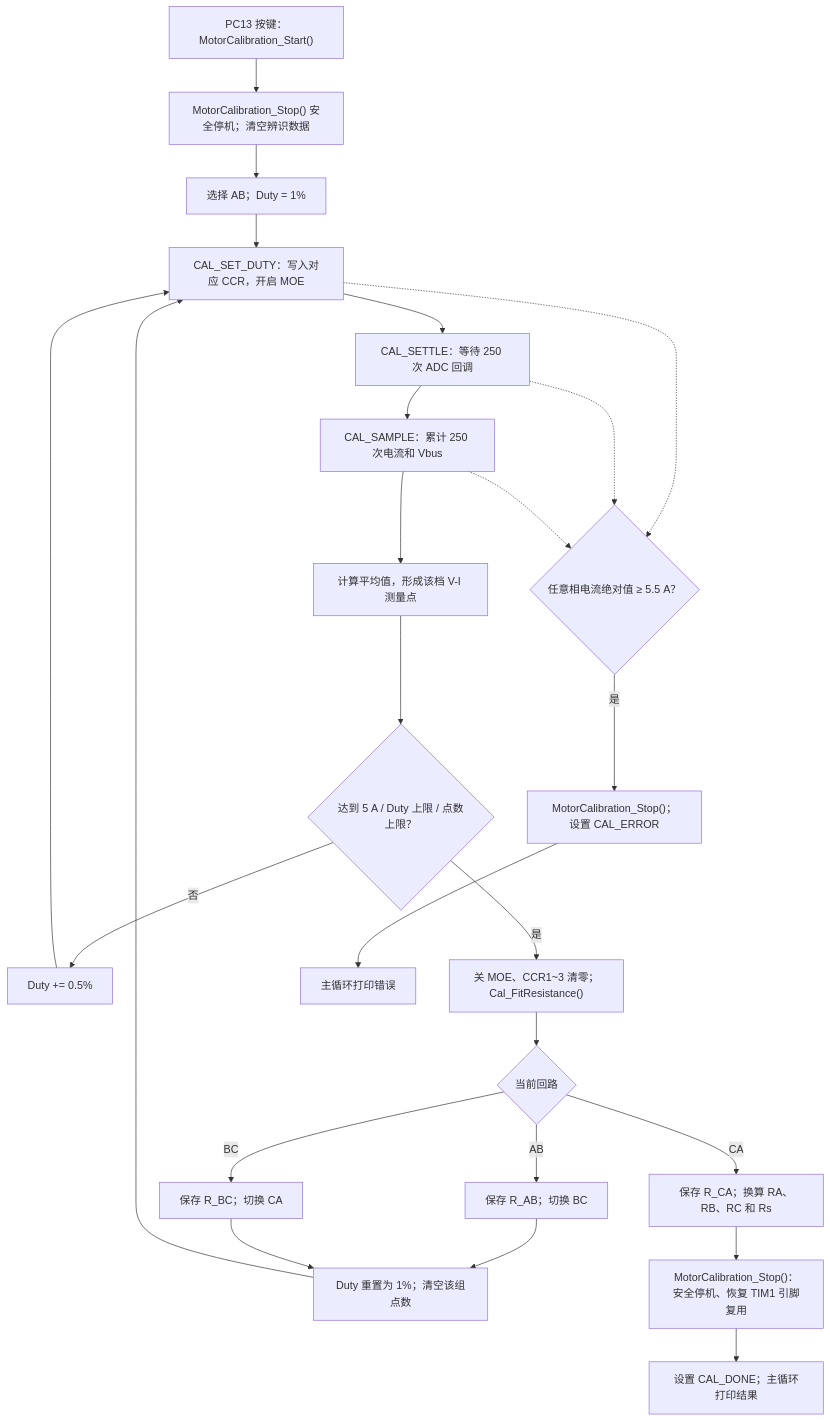
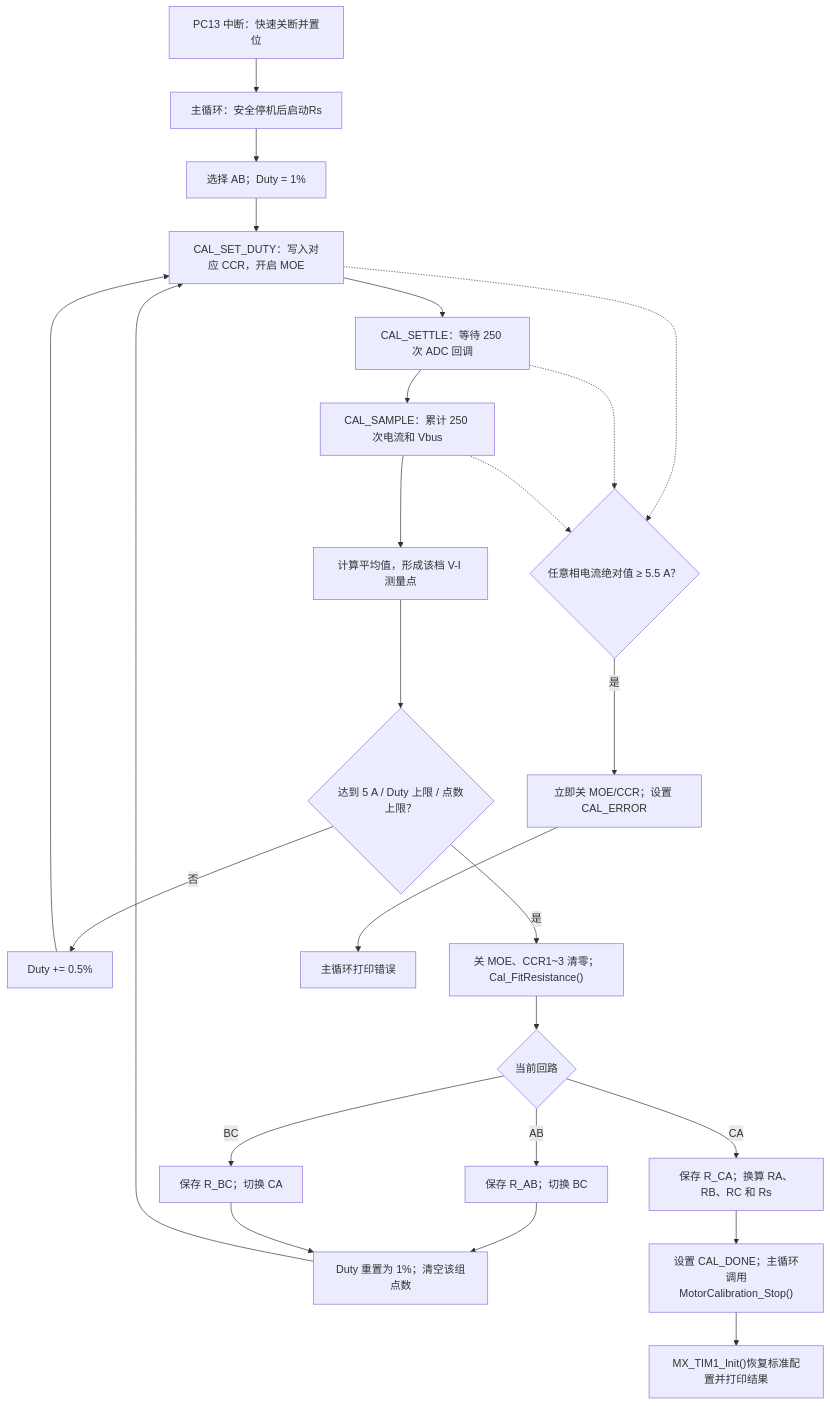
Before and after one commit to FlyFish0825/Observer_Motor: the first of 2 diagrams in docs/参数辨识.md, drawn with Mermaid. The commit also changed other lines of this file and 11 other files, not shown here.

````diff
--- a/docs/参数辨识.md
+++ b/docs/参数辨识.md
@@ -9,27 +9,27 @@
 ```mermaid
 flowchart TD
-    A["PC13 按键：MotorCalibration_Start()"] --> B["MotorCalibration_Stop() 安全停机；清空辨识数据"]
+    A["PC13 中断：快速关断并置位"] --> B["主循环：安全停机后启动Rs"]
     B --> C["选择 AB；Duty = 1%"]
     C --> D["CAL_SET_DUTY：写入对应 CCR，开启 MOE"]
     D --> E["CAL_SETTLE：等待 250 次 ADC 回调"]
     E --> F["CAL_SAMPLE：累计 250 次电流和 Vbus"]
     F --> G["计算平均值，形成该档 V-I 测量点"]
     G --> H{"达到 5 A / Duty 上限 / 点数上限？"}
     H -->|否| I["Duty += 0.5%"]
     I --> D
     H -->|是| J["关 MOE、CCR1~3 清零；Cal_FitResistance()"]
     J --> K{"当前回路"}
     K -->|AB| L["保存 R_AB；切换 BC"]
     K -->|BC| M["保存 R_BC；切换 CA"]
     L --> N["Duty 重置为 1%；清空该组点数"]
     M --> N
     N --> D
     K -->|CA| O["保存 R_CA；换算 RA、RB、RC 和 Rs"]
-    O --> P["MotorCalibration_Stop()：安全停机、恢复 TIM1 引脚复用"]
-    P --> Q["设置 CAL_DONE；主循环打印结果"]
+    O --> P["设置 CAL_DONE；主循环调用MotorCalibration_Stop()"]
+    P --> Q["MX_TIM1_Init()恢复标准配置并打印结果"]
     D -.-> X{"任意相电流绝对值 ≥ 5.5 A？"}
     E -.-> X
     F -.-> X
-    X -->|是| Y["MotorCalibration_Stop()；设置 CAL_ERROR"]
+    X -->|是| Y["立即关 MOE/CCR；设置 CAL_ERROR"]
     Y --> Z["主循环打印错误"]
 ```
````
